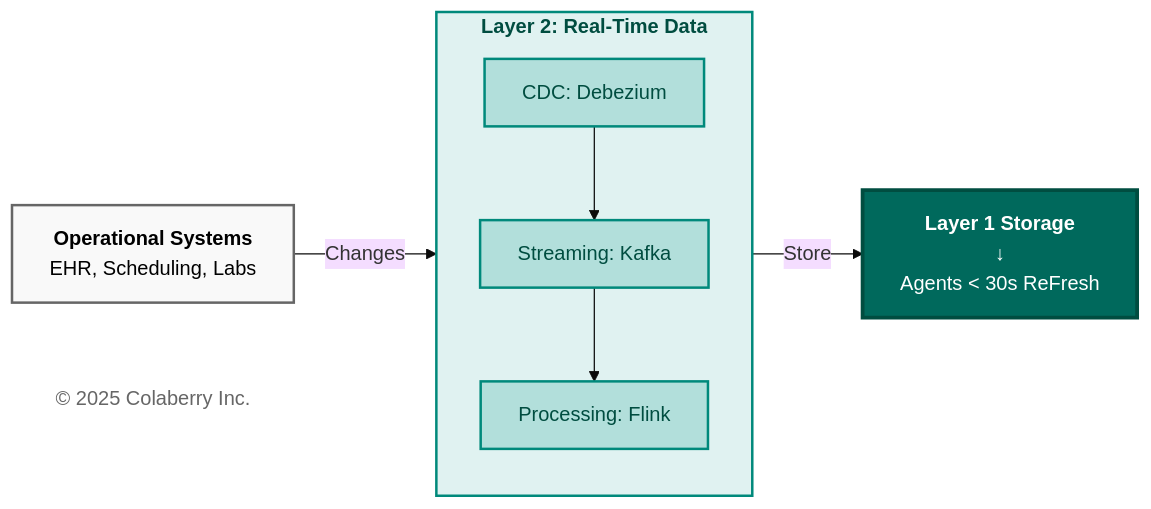
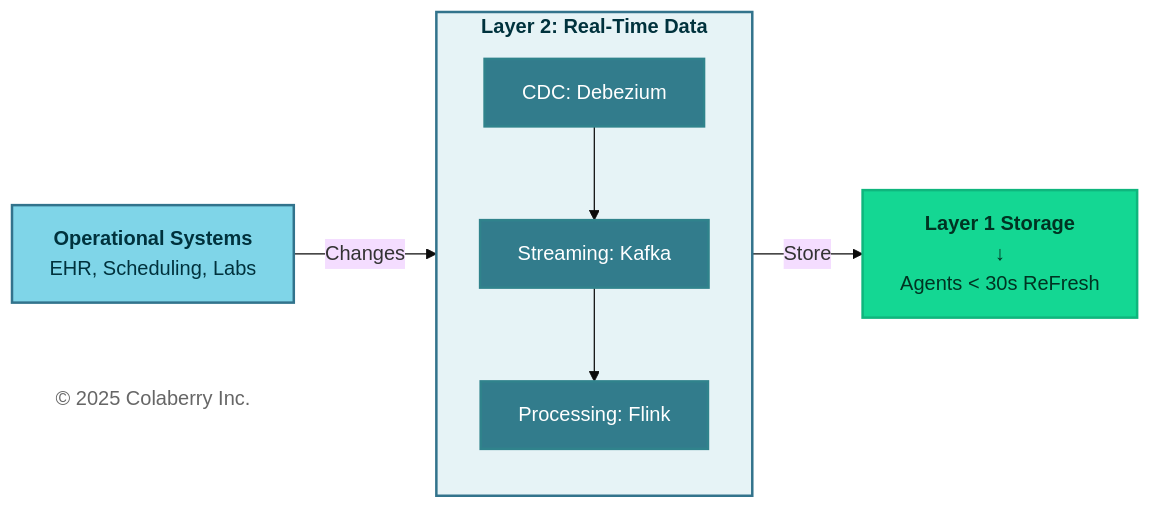
One commit to saitejesh-cyber/trust-before-intelligence-book changed the seventh of 11 diagrams in manuscript/05_chapter_4_foundation_layers.md. Above: the diagram before and after it, drawn with Mermaid (base theme). The commit also changed other lines of this file, not shown here.

Commit message:
Update mermaid diagrams as per new coloberry color and contrast ratio for chapter 5

````diff
--- a/manuscript/05_chapter_4_foundation_layers.md
+++ b/manuscript/05_chapter_4_foundation_layers.md
@@ -777,29 +781,29 @@
 ```mermaid
 
 graph LR
     SOURCE["<b>Operational Systems</b><br/>EHR, Scheduling, Labs"]
-    
+
     subgraph LAYER2["<b>Layer 2: Real-Time Data</b>"]
         direction TB
         CDC["CDC: Debezium"]
         KAFKA["Streaming: Kafka"]
         PROCESS["Processing: Flink"]
         CDC --> KAFKA --> PROCESS
     end
     
     OUTCOME["<b>Layer 1 Storage</b><br/>↓<br/>Agents < 30s ReFresh"]
     
     Copyright["© 2025 Colaberry Inc."]
     
     SOURCE -->|"Changes"| LAYER2
     LAYER2 -->|"Store"| OUTCOME
-    
-    style SOURCE fill:#f9f9f9,stroke:#666666,stroke-width:2px,color:#000000
-    style LAYER2 fill:#e0f2f1,stroke:#00897b,stroke-width:2px,color:#004d40
-    style CDC fill:#b2dfdb,stroke:#00897b,stroke-width:2px,color:#004d40
-    style KAFKA fill:#b2dfdb,stroke:#00897b,stroke-width:2px,color:#004d40
-    style PROCESS fill:#b2dfdb,stroke:#00897b,stroke-width:2px,color:#004d40
-    style OUTCOME fill:#00695c,color:#ffffff,stroke:#004d40,stroke-width:3px
+
+    style SOURCE fill:#7FD5E8,stroke:#32738C,stroke-width:2px,color:#00323D
+    style LAYER2 fill:#E6F3F6,stroke:#32738C,stroke-width:2px,color:#00323D
+    style CDC fill:#327C8C,stroke:#30838C,stroke-width:2px,color:#ffffff
+    style KAFKA fill:#327C8C,stroke:#30838C,stroke-width:2px,color:#ffffff
+    style PROCESS fill:#327C8C,stroke:#30838C,stroke-width:2px,color:#ffffff
+    style OUTCOME fill:#14D793,stroke:#0FB67D,stroke-width:2px,color:#003322
     style Copyright fill:#ffffff,stroke:none,color:#666666
 
 ```
````
